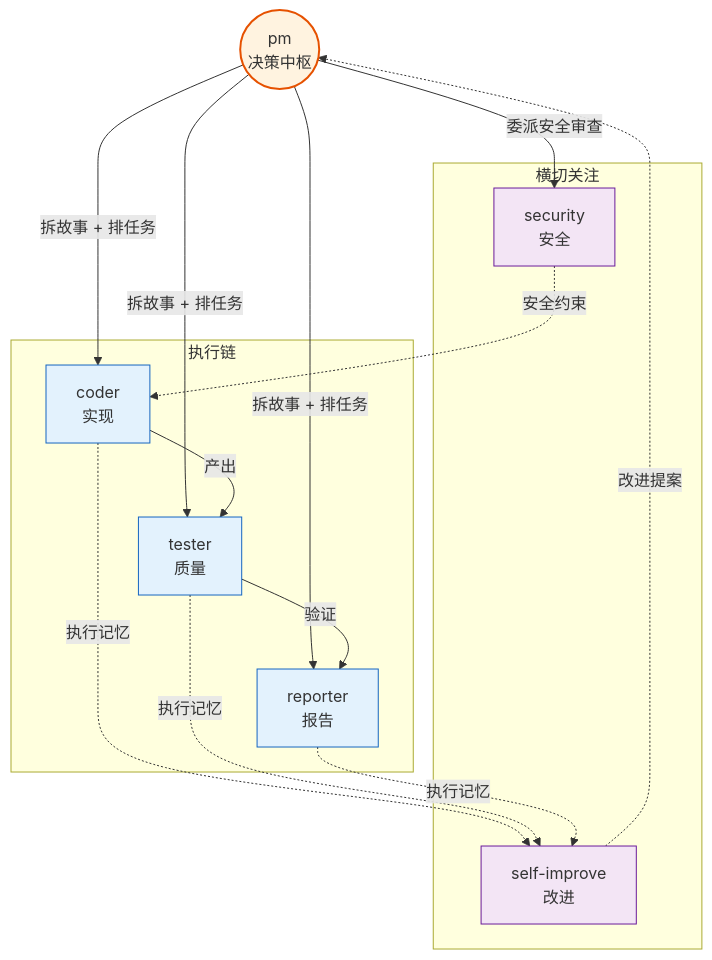
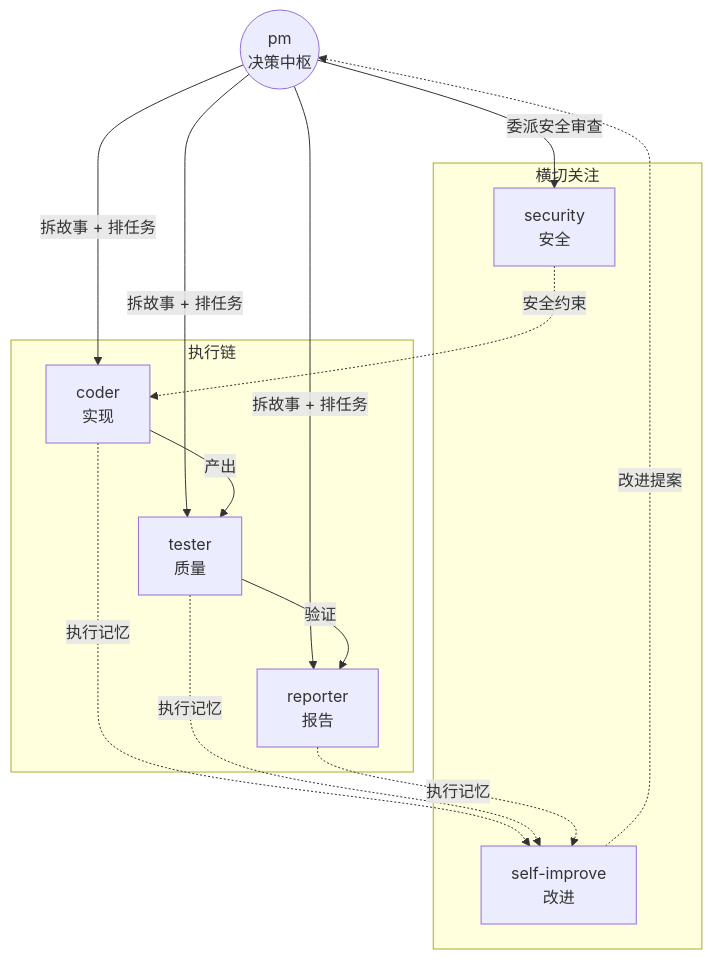
One commit to effiy/YrY changed the first of 7 diagrams in agents/AGENT.md. Above: the diagram before and after it, drawn with Mermaid. The commit also changed other lines of this file and 9 other files, not shown here.

````diff
--- a/agents/AGENT.md
+++ b/agents/AGENT.md
@@ -11,27 +11,24 @@
 ```mermaid
 flowchart TB
     pm(("pm<br/>决策中枢")):::core
 
     subgraph 执行链["执行链"]
         coder[coder<br/>实现]:::exec
         tester[tester<br/>质量]:::exec
         reporter[reporter<br/>报告]:::exec
     end
 
     subgraph 横切["横切关注"]
         security[security<br/>安全]:::cross
         si[self-improve<br/>改进]:::cross
     end
 
     pm -->|委派安全审查| security
     pm -->|拆故事 + 排任务| coder & tester & reporter
     coder -->|产出| tester
     tester -->|验证| reporter
     security -.安全约束.-> coder
     si -.改进提案.-> pm
     coder & tester & reporter -.执行记忆.-> si
 
-    classDef core fill:#fff3e0,stroke:#e65100,stroke-width:2px;
-    classDef exec fill:#e3f2fd,stroke:#1565c0;
-    classDef cross fill:#f3e5f5,stroke:#6a1b9a;
 ```
````
